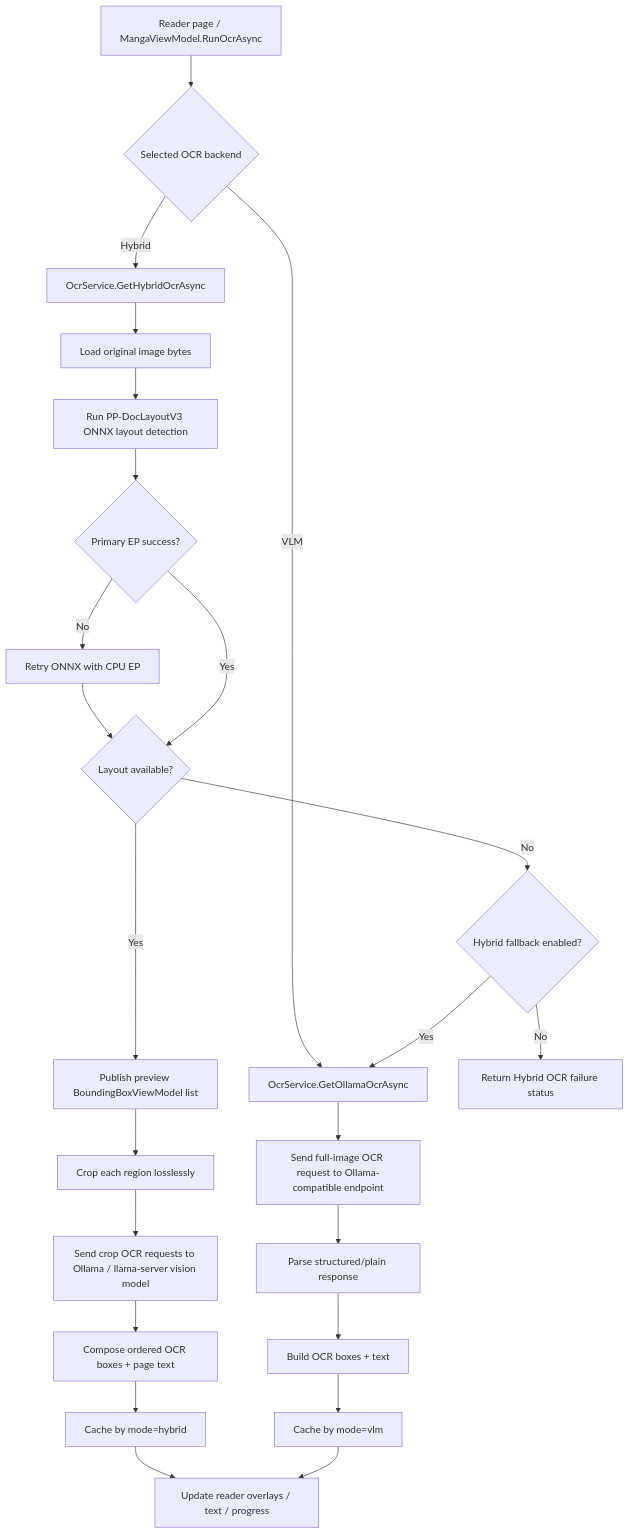
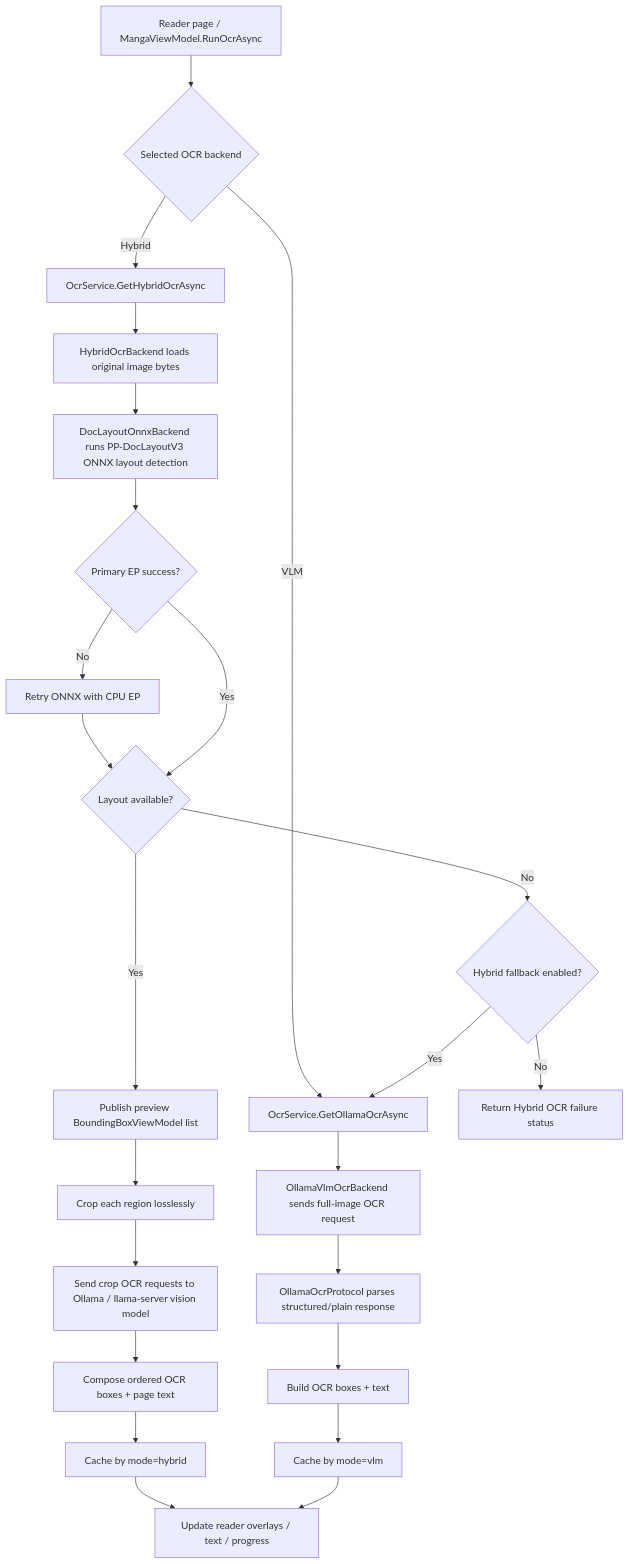
The first of 2 diagrams in README.md (resc863/MangaViewer), drawn with Mermaid before and after one commit. The commit also changed other lines of this file and 15 other files, not shown here.

````diff
--- a/README.md
+++ b/README.md
@@ -126,29 +130,29 @@
 ```mermaid
 flowchart TD
     A[Reader page / MangaViewModel.RunOcrAsync] --> B{Selected OCR backend}
     B -->|Hybrid| C[OcrService.GetHybridOcrAsync]
     B -->|VLM| D[OcrService.GetOllamaOcrAsync]
 
-    C --> E[Load original image bytes]
-    E --> F[Run PP-DocLayoutV3 ONNX layout detection]
+    C --> E[HybridOcrBackend loads original image bytes]
+    E --> F[DocLayoutOnnxBackend runs PP-DocLayoutV3 ONNX layout detection]
     F --> G{Primary EP success?}
     G -->|No| H[Retry ONNX with CPU EP]
     H --> I{Layout available?}
     G -->|Yes| I
     I -->|Yes| J[Publish preview BoundingBoxViewModel list]
     J --> K[Crop each region losslessly]
     K --> L[Send crop OCR requests to Ollama / llama-server vision model]
     L --> M[Compose ordered OCR boxes + page text]
     I -->|No| N{Hybrid fallback enabled?}
     N -->|Yes| D
     N -->|No| O[Return Hybrid OCR failure status]
 
-    D --> P[Send full-image OCR request to Ollama-compatible endpoint]
-    P --> Q[Parse structured/plain response]
+    D --> P[OllamaVlmOcrBackend sends full-image OCR request]
+    P --> Q[OllamaOcrProtocol parses structured/plain response]
     Q --> R[Build OCR boxes + text]
 
     M --> S[Cache by mode=hybrid]
     R --> T[Cache by mode=vlm]
     S --> U[Update reader overlays / text / progress]
     T --> U
 ```
````
